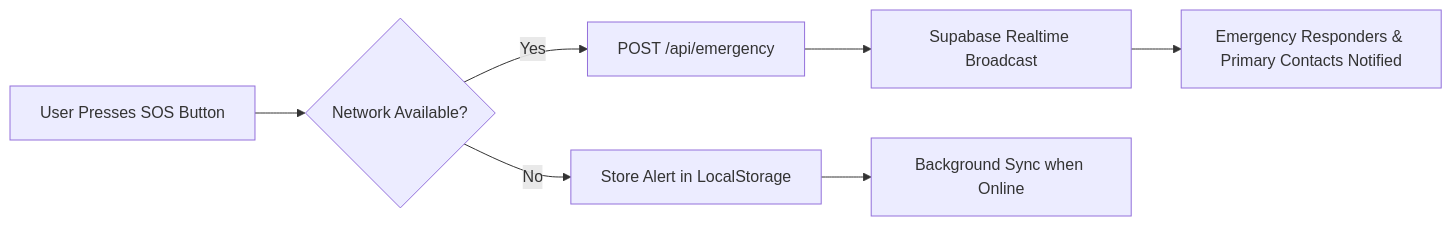
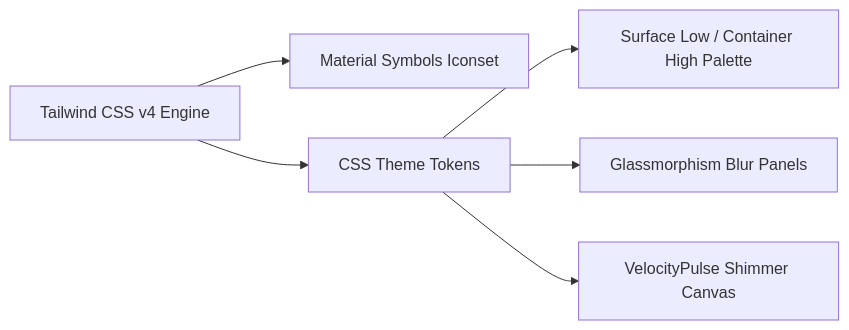
One commit to Priyankkhatri/PlanYatri changed the third of 3 diagrams in frontend/docs/PLANYATRI_ARCHITECTURE_FEATURES.md. Above: the diagram before and after it, drawn with Mermaid. The commit also changed other lines of this file, not shown here.

Commit message:
docs(architecture): expand documentation with PlanYatri travel wizard, multi-tier comparison matrix, and velocity telemetry

````diff
--- a/frontend/docs/PLANYATRI_ARCHITECTURE_FEATURES.md
+++ b/frontend/docs/PLANYATRI_ARCHITECTURE_FEATURES.md
@@ -76,9 +116,8 @@
 ```mermaid
 flowchart LR
-    A[User Presses SOS Button] --> B{Network Available?}
-    B -- Yes --> C[POST /api/emergency]
-    C --> D[Supabase Realtime Broadcast]
-    D --> E[Emergency Responders & Primary Contacts Notified]
-    B -- No --> F[Store Alert in LocalStorage]
-    F --> G[Background Sync when Online]
+    A[Tailwind CSS v4 Engine] --> B[Material Symbols Iconset]
+    A --> C[CSS Theme Tokens]
+    C --> D[Surface Low / Container High Palette]
+    C --> E[Glassmorphism Blur Panels]
+    C --> F[VelocityPulse Shimmer Canvas]
 ```
````
